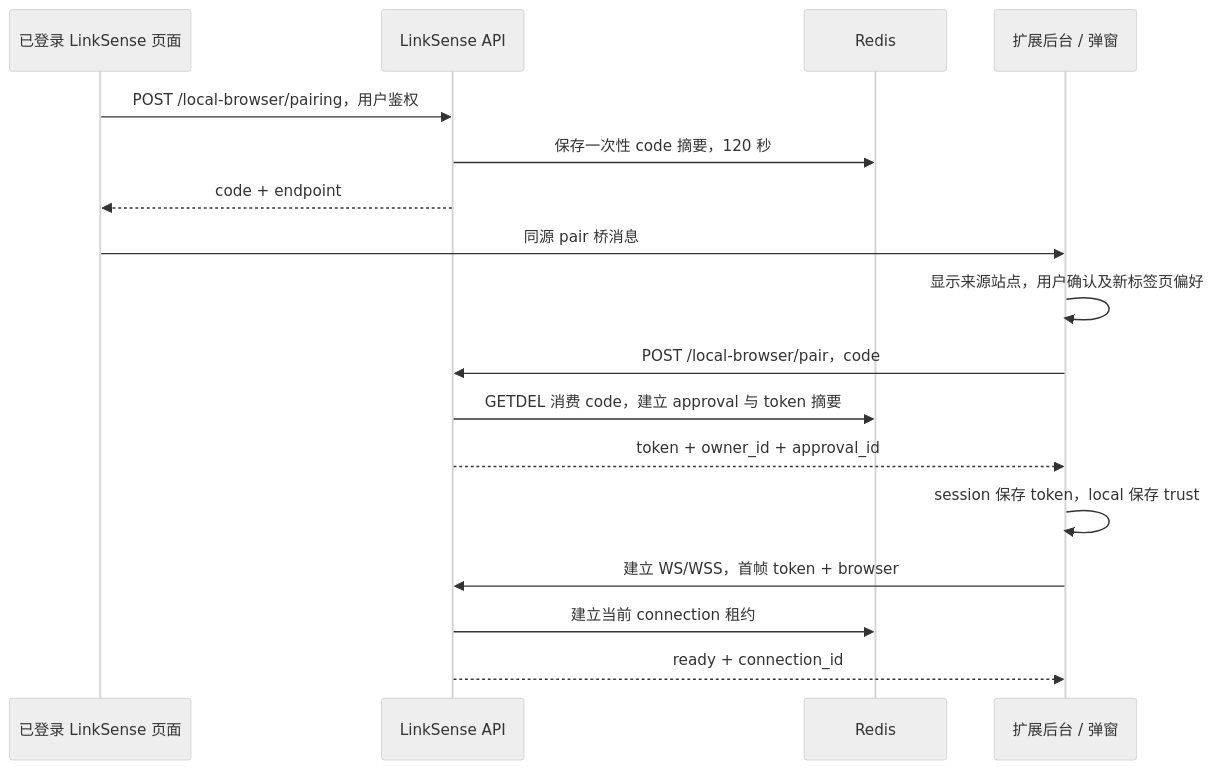
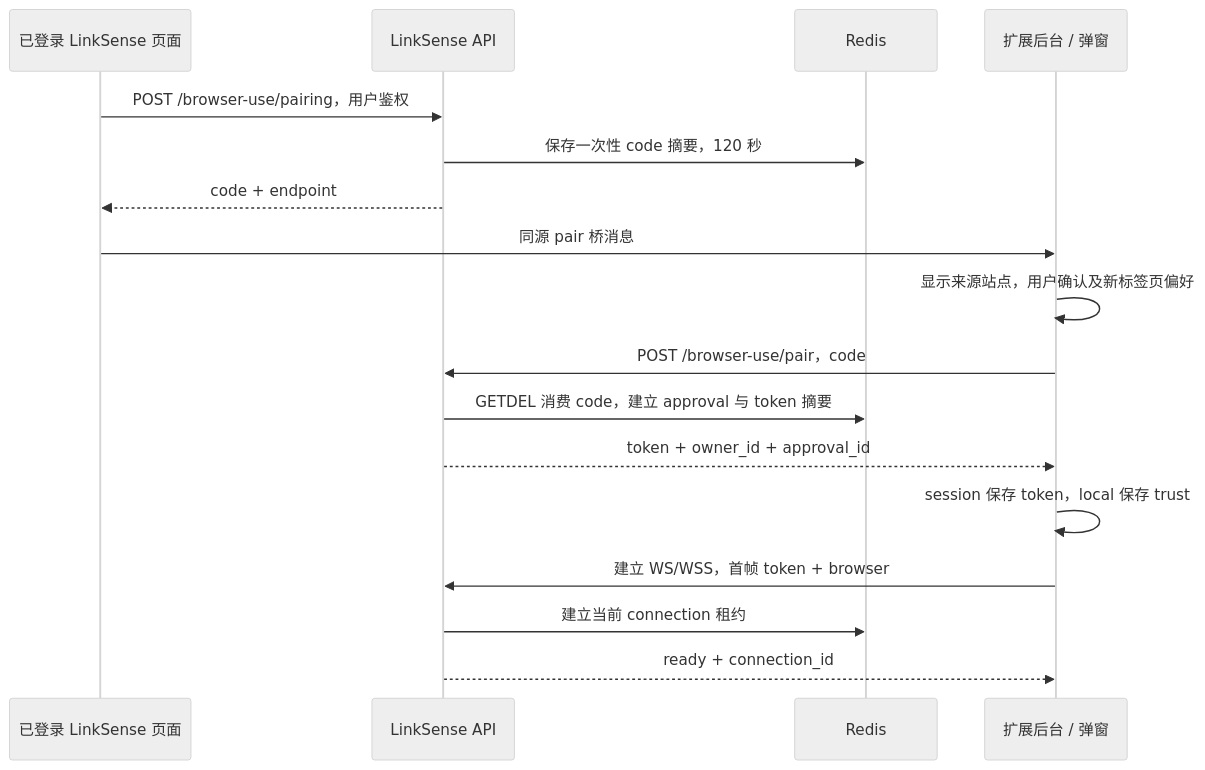
One commit to LingX-AI/LinkSense changed the second of 3 diagrams in docs/development/browser-use-implementation.md. Above: the diagram before and after it, drawn with Mermaid (neutral theme). The commit also changed other lines of this file and 90 other files, not shown here.

````diff
--- a/docs/development/browser-use-implementation.md
+++ b/docs/development/browser-use-implementation.md
@@ -366,20 +366,20 @@
 ```mermaid
 sequenceDiagram
     participant Web as 已登录 LinkSense 页面
     participant API as LinkSense API
     participant Redis as Redis
     participant Ext as 扩展后台 / 弹窗
 
-    Web->>API: POST /local-browser/pairing，用户鉴权
+    Web->>API: POST /browser-use/pairing，用户鉴权
     API->>Redis: 保存一次性 code 摘要，120 秒
     API-->>Web: code + endpoint
     Web->>Ext: 同源 pair 桥消息
     Ext->>Ext: 显示来源站点，用户确认及新标签页偏好
-    Ext->>API: POST /local-browser/pair，code
+    Ext->>API: POST /browser-use/pair，code
     API->>Redis: GETDEL 消费 code，建立 approval 与 token 摘要
     API-->>Ext: token + owner_id + approval_id
     Ext->>Ext: session 保存 token，local 保存 trust
     Ext->>API: 建立 WS/WSS，首帧 token + browser
     API->>Redis: 建立当前 connection 租约
     API-->>Ext: ready + connection_id
 ```
````
